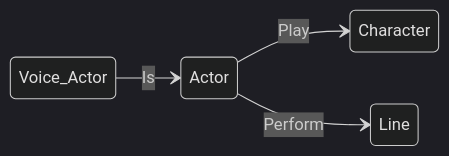
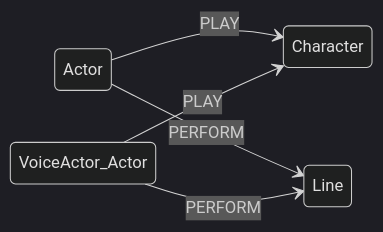
One commit to lxinininin/polimi-notes changed the first of 7 diagrams in Systems And Methods For Big And Unstructured Data/Exercises.md. Above: the diagram before and after it, drawn with Mermaid (dark theme). The commit also changed other lines of this file and 4 other files, not shown here.

````diff
--- a/Systems And Methods For Big And Unstructured Data/Exercises.md
+++ b/Systems And Methods For Big And Unstructured Data/Exercises.md
@@ -262,8 +276,9 @@
 ```mermaid
 stateDiagram
 	direction LR
-	Actor --> Character : Play
-	Actor --> Line : Perform
-	Voice_Actor --> Actor : Is
+	Actor --> Character : PLAY
+	Actor --> Line : PERFORM
+	VoiceActor_Actor --> Character : PLAY
+	VoiceActor_Actor --> Line : PERFORM
 
 ```
````
